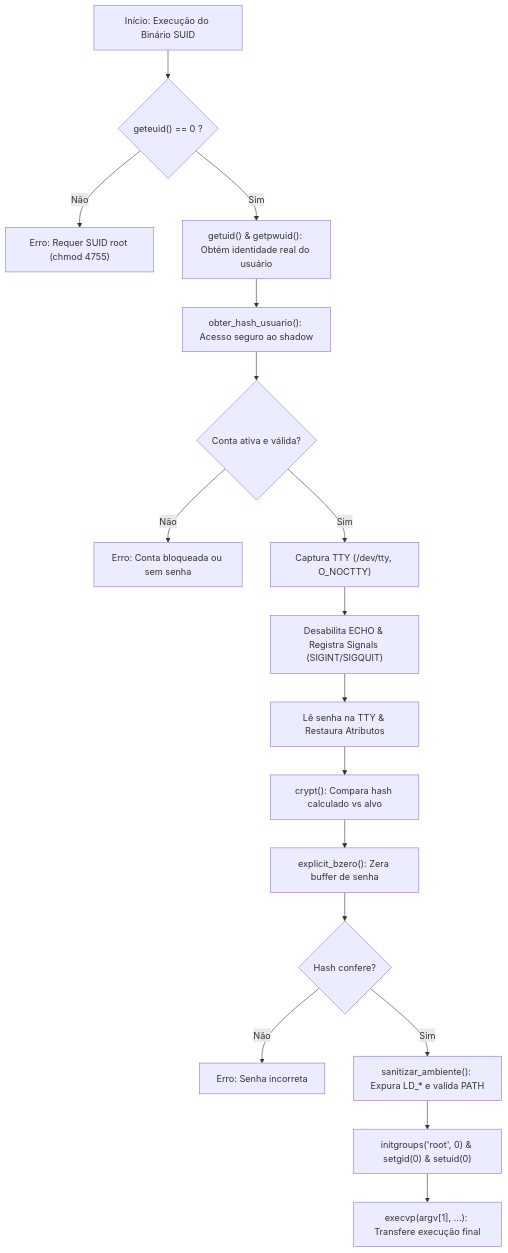
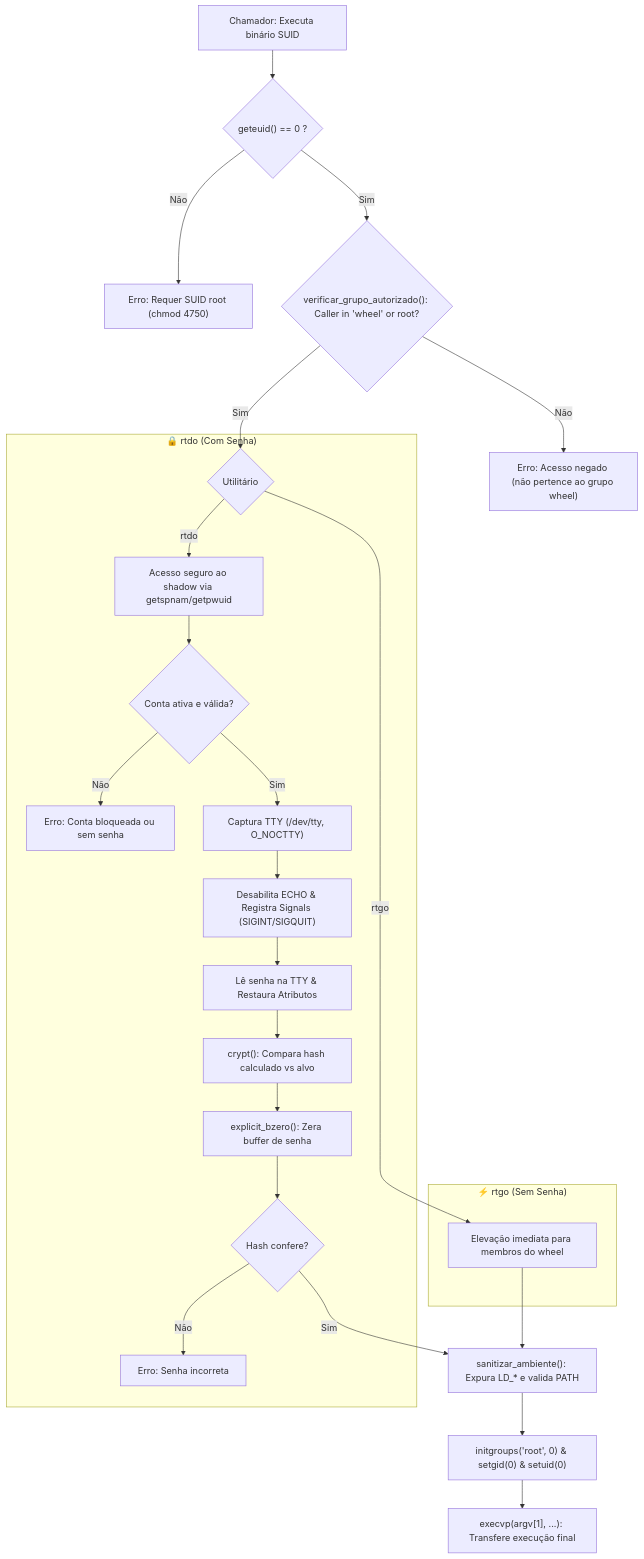
The diagram in docs/ARCHITECTURE.md (GabrielFrigo4/core-posix), drawn with Mermaid before and after one commit. The commit also changed other lines of this file and 17 other files, not shown here.

Commit message:
feat: replace msud with rtdo and rtgo restricted to wheel group (4750)

````diff
--- a/docs/ARCHITECTURE.md
+++ b/docs/ARCHITECTURE.md
@@ -11,19 +9,30 @@
 ```mermaid
 flowchart TD
-    A["Início: Execução do Binário SUID"] --> B{"geteuid() == 0 ?"}
-    B -- Não --> B1["Erro: Requer SUID root (chmod 4755)"]
-    B -- Sim --> C["getuid() & getpwuid(): Obtém identidade real do usuário"]
-    C --> D["obter_hash_usuario(): Acesso seguro ao shadow"]
-    D --> E{"Conta ativa e válida?"}
-    E -- Não --> E1["Erro: Conta bloqueada ou sem senha"]
-    E -- Sim --> F["Captura TTY (/dev/tty, O_NOCTTY)"]
-    F --> G["Desabilita ECHO & Registra Signals (SIGINT/SIGQUIT)"]
-    G --> H["Lê senha na TTY & Restaura Atributos"]
-    H --> I["crypt(): Compara hash calculado vs alvo"]
-    I --> J["explicit_bzero(): Zera buffer de senha"]
-    J --> K{"Hash confere?"}
-    K -- Não --> K1["Erro: Senha incorreta"]
-    K -- Sim --> L["sanitizar_ambiente(): Expura LD_* e valida PATH"]
-    L --> M["initgroups('root', 0) & setgid(0) & setuid(0)"]
-    M --> N["execvp(argv[1], ...): Transfere execução final"]
+    A["Chamador: Executa binário SUID"] --> B{"geteuid() == 0 ?"}
+    B -- Não --> B1["Erro: Requer SUID root (chmod 4750)"]
+    B -- Sim --> C{"verificar_grupo_autorizado(): Caller in 'wheel' or root?"}
+    C -- Não --> C1["Erro: Acesso negado (não pertence ao grupo wheel)"]
+    C -- Sim --> D{"Utilitário"}
+
+    subgraph RTDO_FLOW ["🔒 rtdo (Com Senha)"]
+        D -- rtdo --> E["Acesso seguro ao shadow via getspnam/getpwuid"]
+        E --> F{"Conta ativa e válida?"}
+        F -- Não --> F1["Erro: Conta bloqueada ou sem senha"]
+        F -- Sim --> G["Captura TTY (/dev/tty, O_NOCTTY)"]
+        G --> H["Desabilita ECHO & Registra Signals (SIGINT/SIGQUIT)"]
+        H --> I["Lê senha na TTY & Restaura Atributos"]
+        I --> J["crypt(): Compara hash calculado vs alvo"]
+        J --> K["explicit_bzero(): Zera buffer de senha"]
+        K --> L{"Hash confere?"}
+        L -- Não --> L1["Erro: Senha incorreta"]
+    end
+
+    subgraph RTGO_FLOW ["⚡ rtgo (Sem Senha)"]
+        D -- rtgo --> M["Elevação imediata para membros do wheel"]
+    end
+
+    L -- Sim --> N["sanitizar_ambiente(): Expura LD_* e valida PATH"]
+    M --> N
+    N --> O["initgroups('root', 0) & setgid(0) & setuid(0)"]
+    O --> P["execvp(argv[1], ...): Transfere execução final"]
 ```
````
